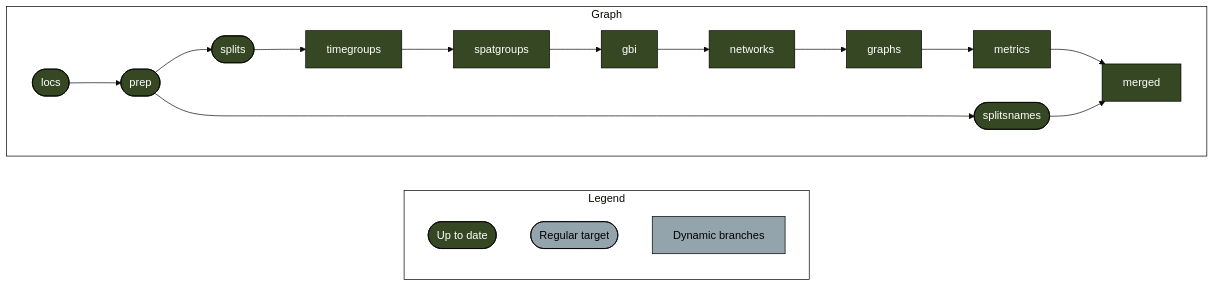
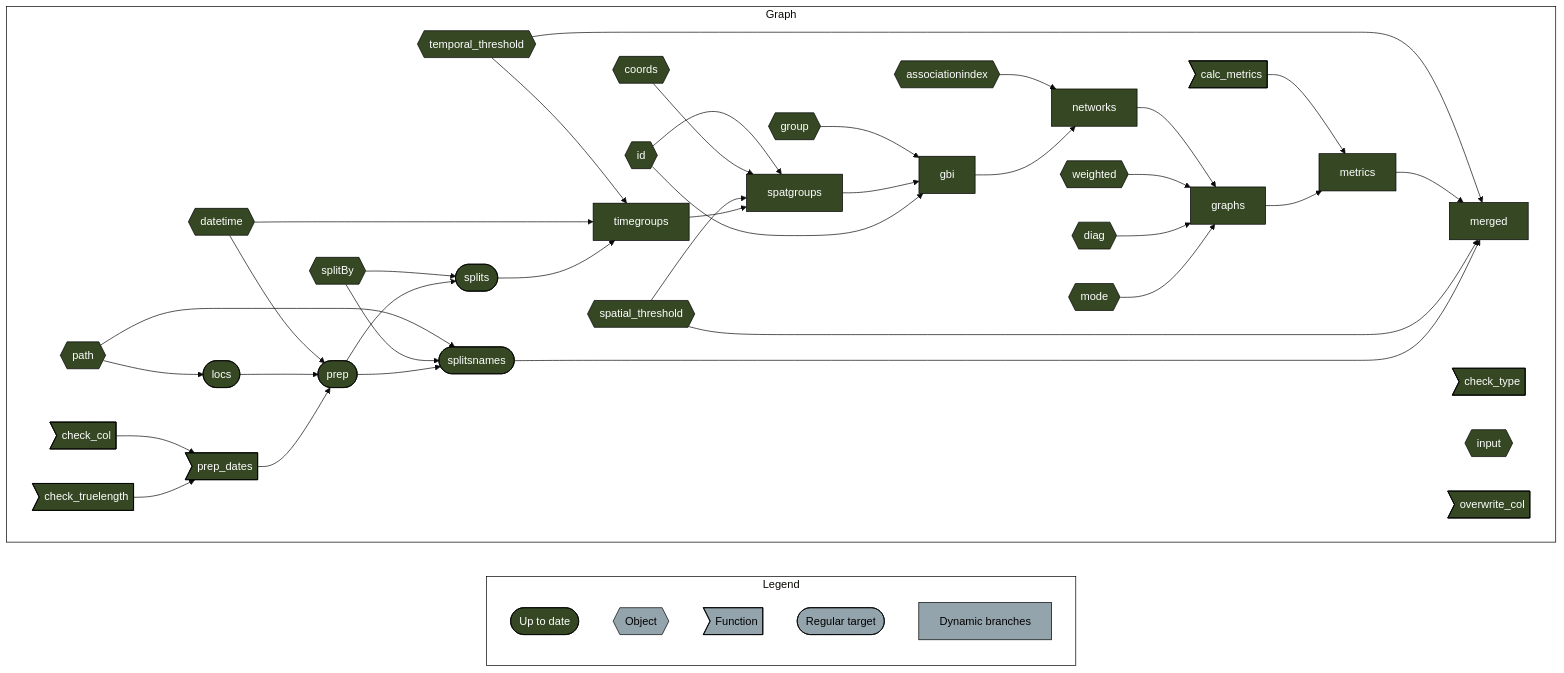
One commit to robitalec/targets-spatsoc-networks changed the diagram in README.md. Above: the diagram before and after it, drawn with Mermaid (base theme). The commit also changed 1 other file, not shown here.

Commit message:
include args

````diff
--- a/README.md
+++ b/README.md
@@ -10,27 +10,53 @@
 ``` mermaid
 graph LR
   style Legend fill:#FFFFFF00,stroke:#000000;
   style Graph fill:#FFFFFF00,stroke:#000000;
   subgraph Legend
     xf1522833a4d242c5(["Up to date"]):::uptodate
+    xbecb13963f49e50b{{"Object"}}:::none
+    xeb2d7cac8a1ce544>"Function"]:::none
     xd03d7c7dd2ddda2b(["Regular target"]):::none
     x6f7e04ea3427f824["Dynamic branches"]:::none
   end
   subgraph Graph
     direction LR
+    xfeaff7c1bc5fe2e5{{"group"}}:::uptodate --> x8b0c676d7240242a["gbi"]:::uptodate
     xdf10c21b92224150["spatgroups"]:::uptodate --> x8b0c676d7240242a["gbi"]:::uptodate
+    xc25194a2e4c760d5{{"id"}}:::uptodate --> x8b0c676d7240242a["gbi"]:::uptodate
     xc389638817199bf0["networks"]:::uptodate --> x2db02d438e6d5e6f["graphs"]:::uptodate
+    x7ceaaf778822044f{{"weighted"}}:::uptodate --> x2db02d438e6d5e6f["graphs"]:::uptodate
+    x46c09bf5c2e742c0{{"diag"}}:::uptodate --> x2db02d438e6d5e6f["graphs"]:::uptodate
+    x8568773019f89f54{{"mode"}}:::uptodate --> x2db02d438e6d5e6f["graphs"]:::uptodate
+    x3a8cafda074e65bb{{"path"}}:::uptodate --> x5d49490da5202c91(["locs"]):::uptodate
+    x7691bca923fa768d{{"temporal_threshold"}}:::uptodate --> x0babe2584c9010e0["merged"]:::uptodate
     x544e14c8fac2c5b0["metrics"]:::uptodate --> x0babe2584c9010e0["merged"]:::uptodate
+    x86be964788bf0a62{{"spatial_threshold"}}:::uptodate --> x0babe2584c9010e0["merged"]:::uptodate
     xe5f9f129783c9289(["splitsnames"]):::uptodate --> x0babe2584c9010e0["merged"]:::uptodate
+    x6f3a445de245bc35>"calc_metrics"]:::uptodate --> x544e14c8fac2c5b0["metrics"]:::uptodate
     x2db02d438e6d5e6f["graphs"]:::uptodate --> x544e14c8fac2c5b0["metrics"]:::uptodate
+    xc46e1ab6af5c8492{{"associationindex"}}:::uptodate --> xc389638817199bf0["networks"]:::uptodate
     x8b0c676d7240242a["gbi"]:::uptodate --> xc389638817199bf0["networks"]:::uptodate
+    xe1070fbd6d46a47b{{"datetime"}}:::uptodate --> x3906e3b7b61cde90(["prep"]):::uptodate
     x5d49490da5202c91(["locs"]):::uptodate --> x3906e3b7b61cde90(["prep"]):::uptodate
+    xd135a9eb46727432>"prep_dates"]:::uptodate --> x3906e3b7b61cde90(["prep"]):::uptodate
+    x83d114b3a3c10259>"check_col"]:::uptodate --> xd135a9eb46727432>"prep_dates"]:::uptodate
+    xdc96f2f8f81b25ad>"check_truelength"]:::uptodate --> xd135a9eb46727432>"prep_dates"]:::uptodate
+    xc25194a2e4c760d5{{"id"}}:::uptodate --> xdf10c21b92224150["spatgroups"]:::uptodate
+    xbd740468b493bf05{{"coords"}}:::uptodate --> xdf10c21b92224150["spatgroups"]:::uptodate
+    x86be964788bf0a62{{"spatial_threshold"}}:::uptodate --> xdf10c21b92224150["spatgroups"]:::uptodate
     xc119b121c4bf638e["timegroups"]:::uptodate --> xdf10c21b92224150["spatgroups"]:::uptodate
+    x6fa178f2283ab5b1{{"splitBy"}}:::uptodate --> xf94084fe2fb21595(["splits"]):::uptodate
     x3906e3b7b61cde90(["prep"]):::uptodate --> xf94084fe2fb21595(["splits"]):::uptodate
+    x3a8cafda074e65bb{{"path"}}:::uptodate --> xe5f9f129783c9289(["splitsnames"]):::uptodate
+    x6fa178f2283ab5b1{{"splitBy"}}:::uptodate --> xe5f9f129783c9289(["splitsnames"]):::uptodate
     x3906e3b7b61cde90(["prep"]):::uptodate --> xe5f9f129783c9289(["splitsnames"]):::uptodate
+    x7691bca923fa768d{{"temporal_threshold"}}:::uptodate --> xc119b121c4bf638e["timegroups"]:::uptodate
+    xe1070fbd6d46a47b{{"datetime"}}:::uptodate --> xc119b121c4bf638e["timegroups"]:::uptodate
     xf94084fe2fb21595(["splits"]):::uptodate --> xc119b121c4bf638e["timegroups"]:::uptodate
-    
+    xec6515aea887f2e6>"check_type"]:::uptodate
+    x2ee4157c3daee3b7{{"input"}}:::uptodate
+    x3e158351e917890c>"overwrite_col"]:::uptodate
   end
   classDef uptodate stroke:#000000,color:#ffffff,fill:#354823;
   classDef none stroke:#000000,color:#000000,fill:#94a4ac;
 ```
````
